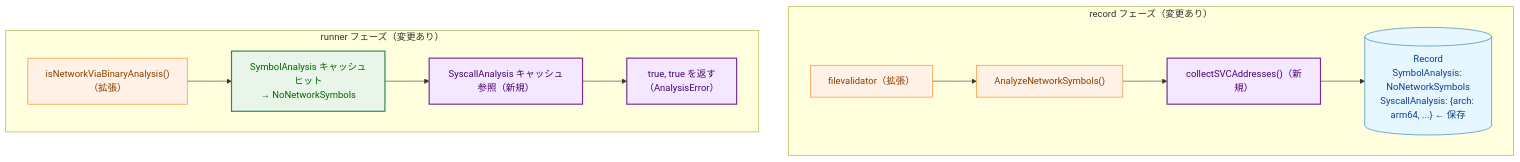
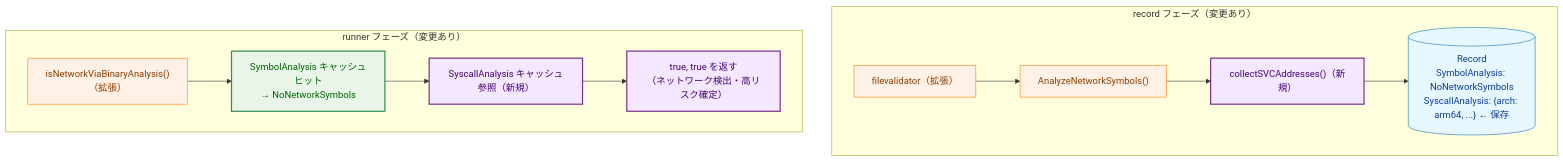
Before and after one commit to isseis/go-safe-cmd-runner: the fourth of 8 diagrams in docs/tasks/0097_macho_arm64_syscall_analysis/02_architecture.md, drawn with Mermaid. The commit also changed other lines of this file and 1 other file, not shown here.

First line of the commit message:
docs(0097): Distinguish svc detection from AnalysisError in requirements

````diff
--- a/docs/tasks/0097_macho_arm64_syscall_analysis/02_architecture.md
+++ b/docs/tasks/0097_macho_arm64_syscall_analysis/02_architecture.md
@@ -118,32 +118,32 @@
 ```mermaid
 flowchart TB
     classDef data fill:#e6f7ff,stroke:#1f77b4,stroke-width:1px,color:#0b3d91;
     classDef process fill:#fff1e6,stroke:#ff7f0e,stroke-width:1px,color:#8a3e00;
     classDef enhanced fill:#e8f5e8,stroke:#2e8b57,stroke-width:2px,color:#006400;
     classDef new fill:#f3e8ff,stroke:#7b2d8b,stroke-width:2px,color:#4a0072;
 
     subgraph RecordPhase["record フェーズ（変更あり）"]
         FV2["filevalidator（拡張）"]
         BA2["AnalyzeNetworkSymbols()"]
         SVC2["collectSVCAddresses()（新規）"]
         STORE2[("Record<br>SymbolAnalysis: NoNetworkSymbols<br>SyscallAnalysis: {arch: arm64, ...} ← 保存")]
     end
 
     subgraph RunnerPhase["runner フェーズ（変更あり）"]
         NA2["isNetworkViaBinaryAnalysis()（拡張）"]
         SYMHIT2["SymbolAnalysis キャッシュヒット<br>→ NoNetworkSymbols"]
         SVCCHECK["SyscallAnalysis キャッシュ参照（新規）"]
-        BLOCK["true, true を返す<br>（AnalysisError）"]
+        BLOCK["true, true を返す<br>（ネットワーク検出・高リスク確定）"]
     end
 
     FV2 --> BA2
     BA2 --> SVC2
     SVC2 --> STORE2
 
     NA2 --> SYMHIT2 --> SVCCHECK --> BLOCK
 
     class STORE2 data;
     class FV2,BA2,NA2 process;
     class SYMHIT2 enhanced;
     class SVC2,SVCCHECK,BLOCK new;
 ```
````
